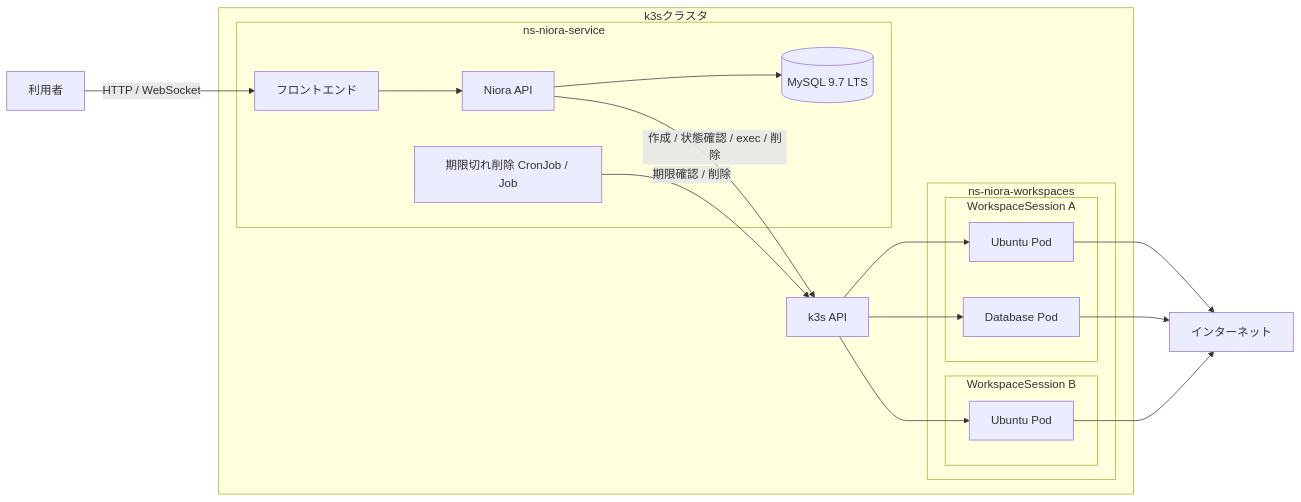
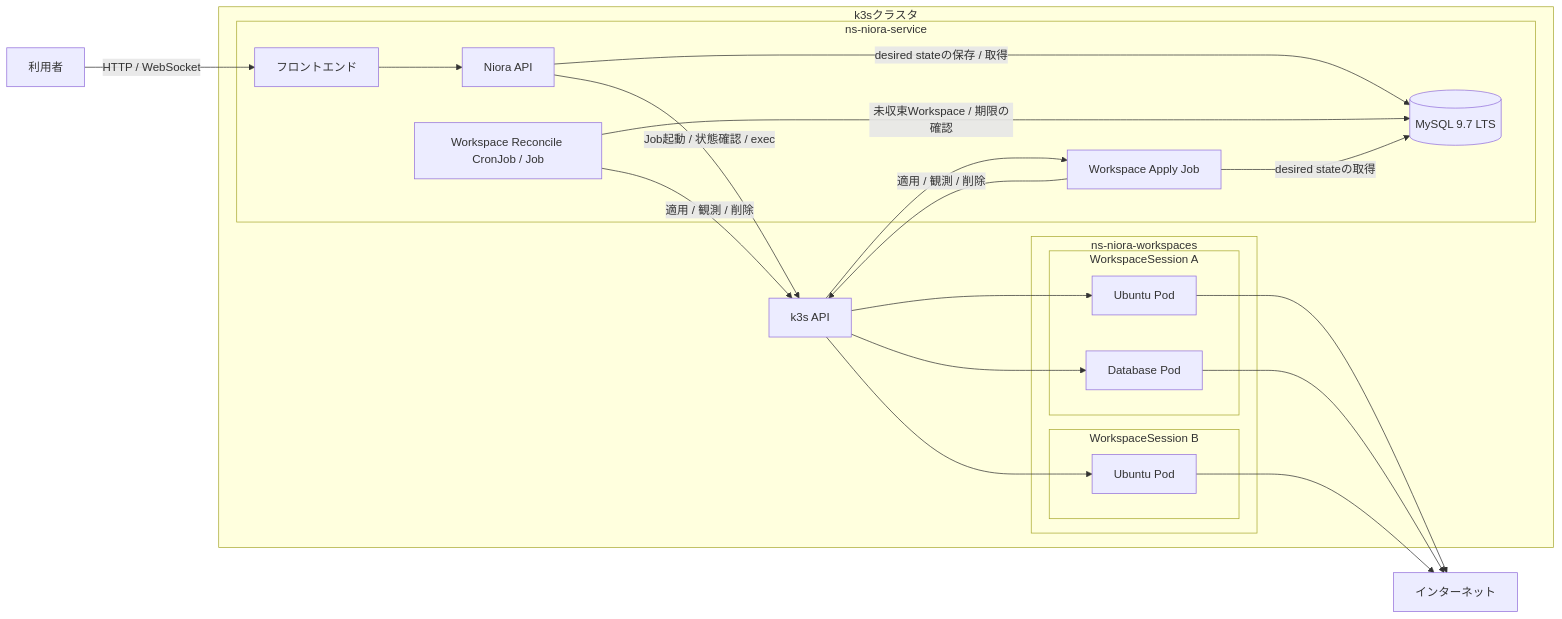
One commit to yuta15/Niora-API changed the first of 2 diagrams in docs/architecture.md. Above: the diagram before and after it, drawn with Mermaid. The commit also changed other lines of this file and 10 other files, not shown here.

````diff
--- a/docs/architecture.md
+++ b/docs/architecture.md
@@ -9,39 +9,44 @@
 ```mermaid
 flowchart LR
     User[利用者]
     Internet[インターネット]
 
     subgraph K3s[k3sクラスタ]
         K3sAPI[k3s API]
 
         subgraph ServiceNS[ns-niora-service]
             Frontend[フロントエンド]
             API[Niora API]
             Database[(MySQL 9.7 LTS)]
-            Cleanup[期限切れ削除 CronJob / Job]
+            ApplyJob[Workspace Apply Job]
+            Reconcile[Workspace Reconcile CronJob / Job]
         end
 
         subgraph WorkspaceNS[ns-niora-workspaces]
             subgraph WorkspaceSessionA[WorkspaceSession A]
                 WorkspaceSessionAUbuntu[Ubuntu Pod]
                 WorkspaceSessionADatabase[Database Pod]
             end
 
             subgraph WorkspaceSessionB[WorkspaceSession B]
                 WorkspaceSessionBUbuntu[Ubuntu Pod]
             end
         end
     end
 
     User -->|HTTP / WebSocket| Frontend
     Frontend --> API
-    API --> Database
-    API -->|作成 / 状態確認 / exec / 削除| K3sAPI
-    Cleanup -->|期限確認 / 削除| K3sAPI
+    API -->|desired stateの保存 / 取得| Database
+    API -->|Job起動 / 状態確認 / exec| K3sAPI
+    K3sAPI --> ApplyJob
+    ApplyJob -->|desired stateの取得| Database
+    ApplyJob -->|適用 / 観測 / 削除| K3sAPI
+    Reconcile -->|未収束Workspace / 期限の確認| Database
+    Reconcile -->|適用 / 観測 / 削除| K3sAPI
     K3sAPI --> WorkspaceSessionAUbuntu
     K3sAPI --> WorkspaceSessionADatabase
     K3sAPI --> WorkspaceSessionBUbuntu
     WorkspaceSessionAUbuntu --> Internet
     WorkspaceSessionADatabase --> Internet
     WorkspaceSessionBUbuntu --> Internet
 ```
````
